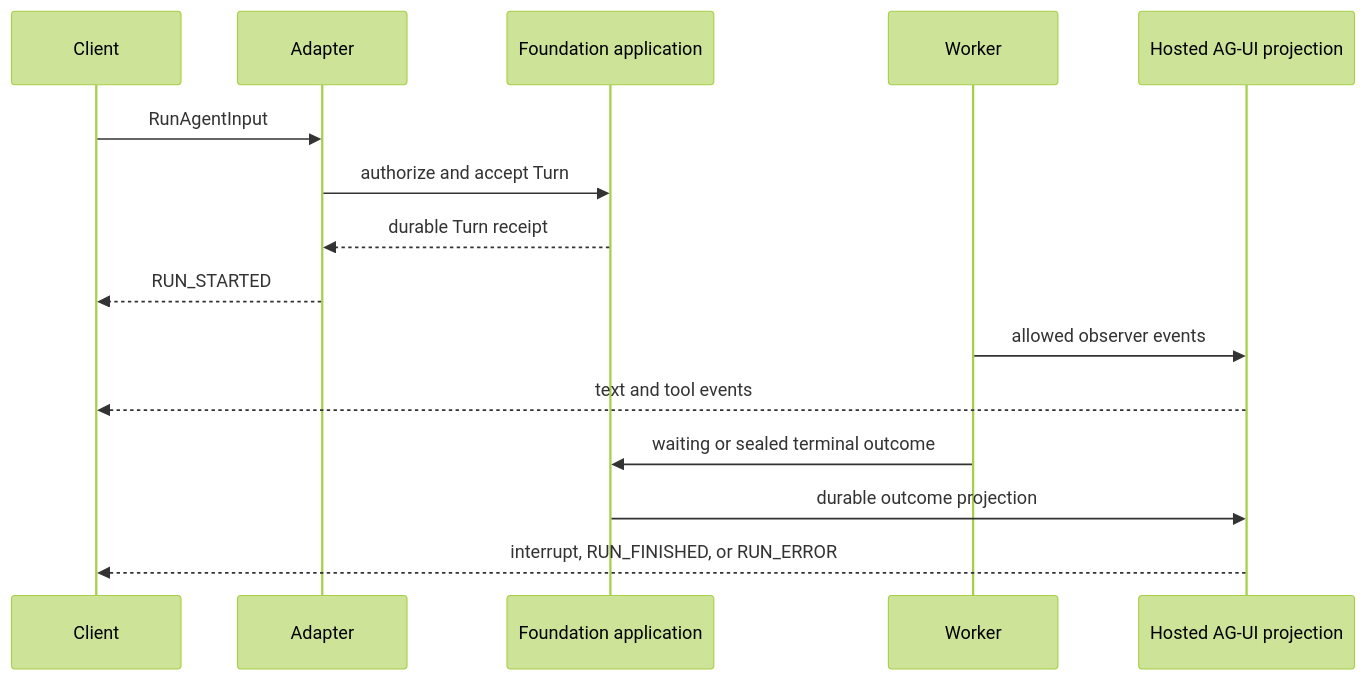
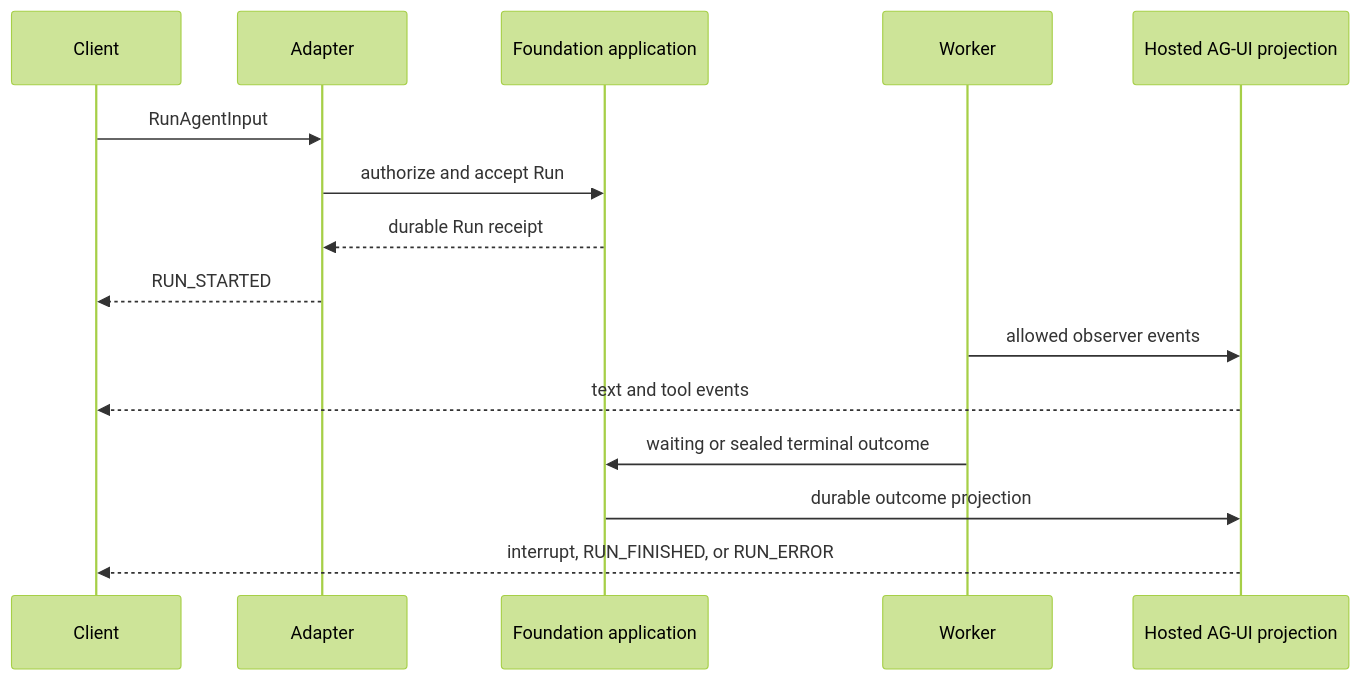
One commit to LTThreeComma/agent-foundation changed the diagram in spec/foundation-service/30-hosted-ag-ui.md. Above: the diagram before and after it, drawn with Mermaid (forest theme). The commit also changed other lines of this file and 50 other files, not shown here.

````diff
--- a/spec/foundation-service/30-hosted-ag-ui.md
+++ b/spec/foundation-service/30-hosted-ag-ui.md
@@ -106,18 +106,18 @@
 ```mermaid
 sequenceDiagram
     participant Client
     participant Adapter
     participant App as Foundation application
     participant Worker
     participant Projection as Hosted AG-UI projection
 
     Client->>Adapter: RunAgentInput
-    Adapter->>App: authorize and accept Turn
-    App-->>Adapter: durable Turn receipt
+    Adapter->>App: authorize and accept Run
+    App-->>Adapter: durable Run receipt
     Adapter-->>Client: RUN_STARTED
     Worker->>Projection: allowed observer events
     Projection-->>Client: text and tool events
     Worker->>App: waiting or sealed terminal outcome
     App->>Projection: durable outcome projection
     Projection-->>Client: interrupt, RUN_FINISHED, or RUN_ERROR
 ```
````
